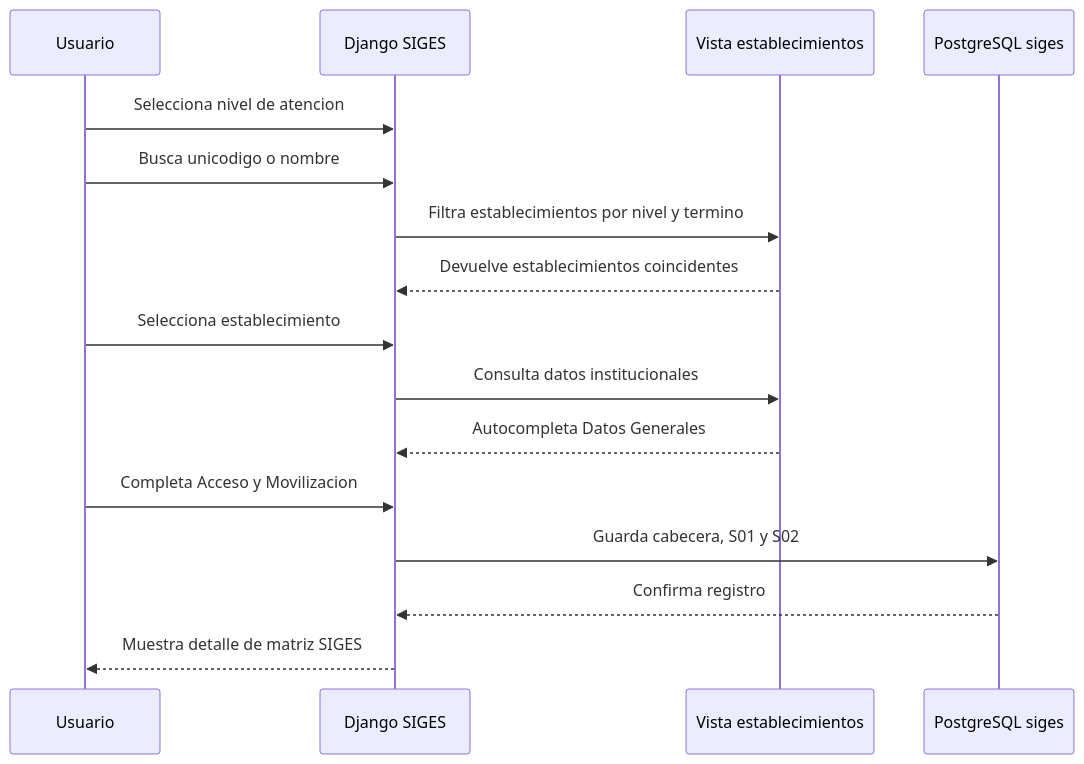
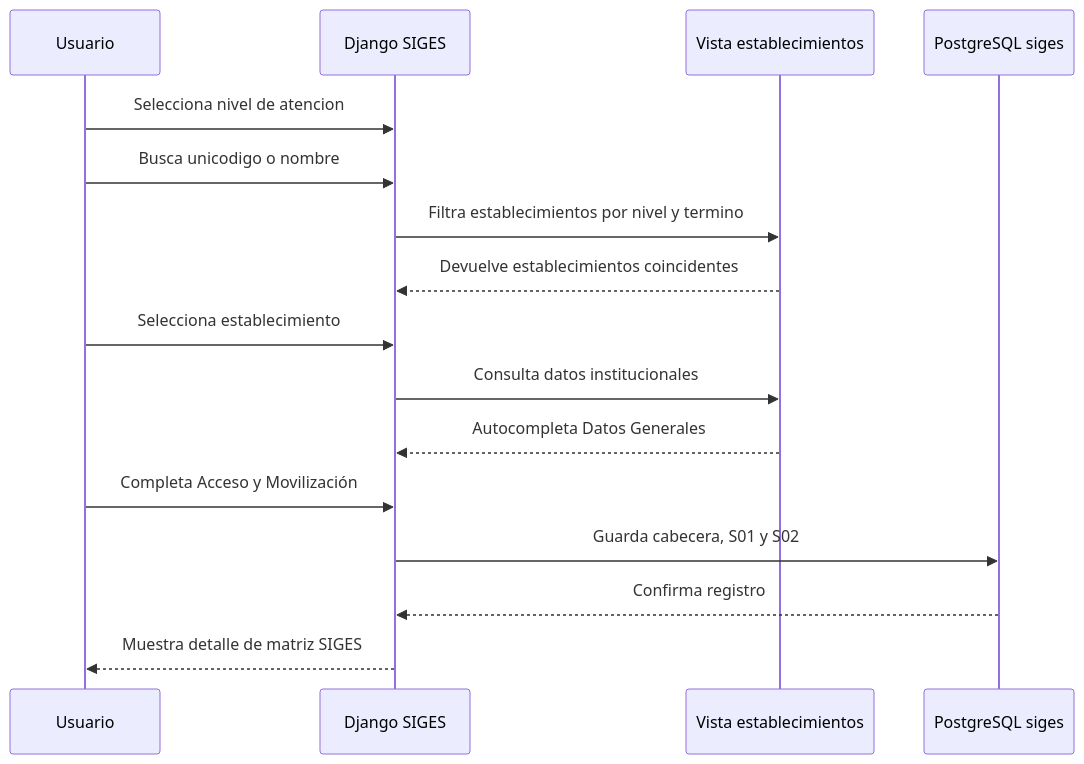
One commit to marcelochavez-ec/SIGEM changed the third of 4 diagrams in README.md. Above: the diagram before and after it, drawn with Mermaid. The commit also changed other lines of this file and 25 other files, not shown here.

````diff
--- a/README.md
+++ b/README.md
@@ -80,19 +80,19 @@
 ```mermaid
 sequenceDiagram
     participant Usuario
     participant Web as Django SIGES
     participant Fuente as Vista establecimientos
     participant DB as PostgreSQL siges
 
     Usuario->>Web: Selecciona nivel de atencion
     Usuario->>Web: Busca unicodigo o nombre
     Web->>Fuente: Filtra establecimientos por nivel y termino
     Fuente-->>Web: Devuelve establecimientos coincidentes
     Usuario->>Web: Selecciona establecimiento
     Web->>Fuente: Consulta datos institucionales
     Fuente-->>Web: Autocompleta Datos Generales
-    Usuario->>Web: Completa Acceso y Movilizacion
+    Usuario->>Web: Completa Acceso y Movilización
     Web->>DB: Guarda cabecera, S01 y S02
     DB-->>Web: Confirma registro
     Web-->>Usuario: Muestra detalle de matriz SIGES
 ```
````
